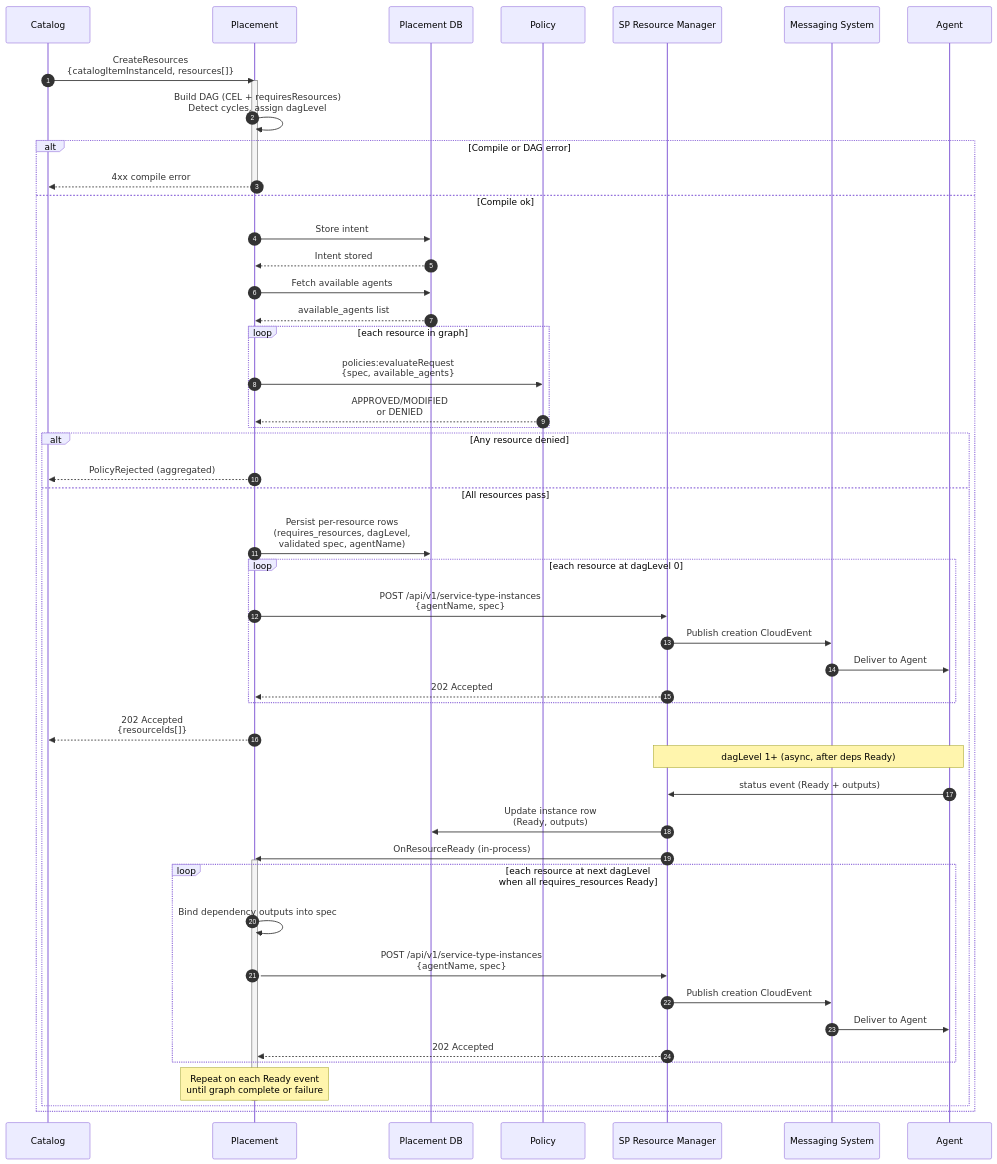
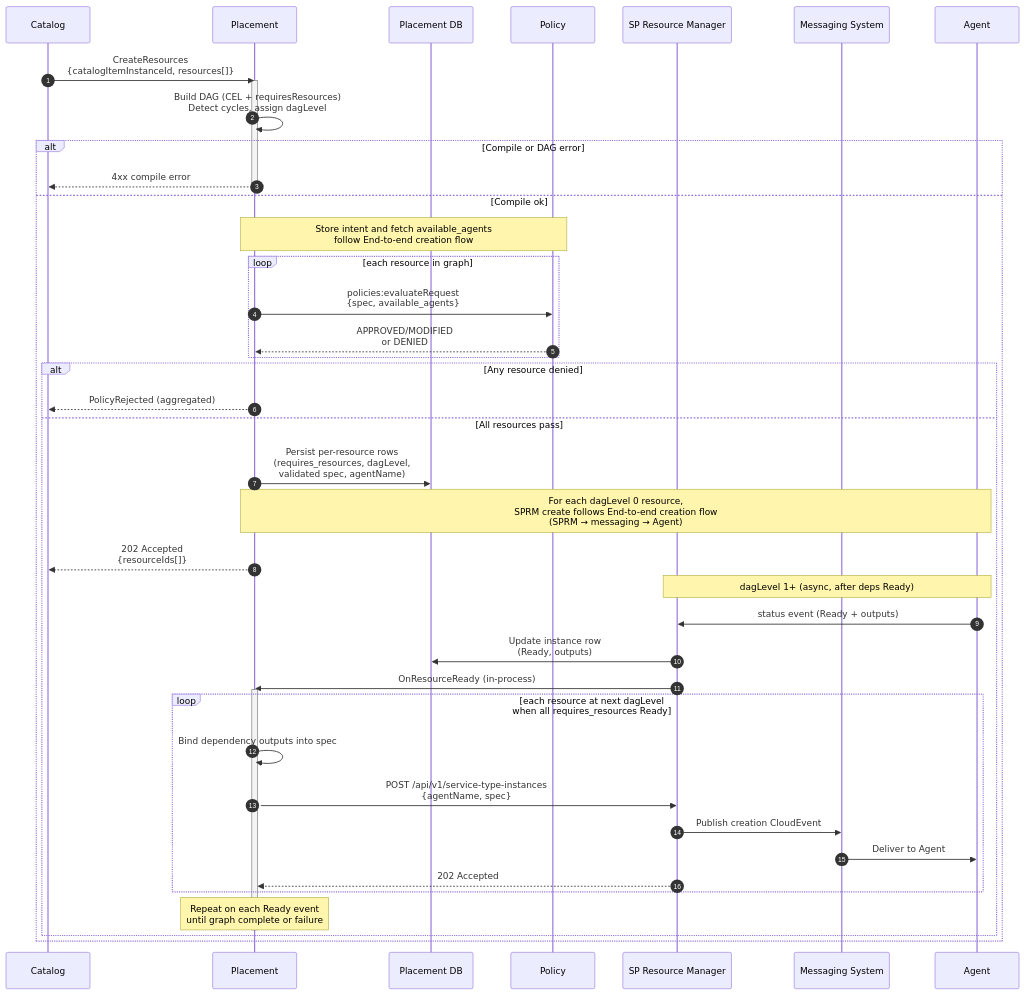
One commit to dcm-project/enhancements changed the third of 4 diagrams in enhancements/placement-manager/placement-manager.md. Above: the diagram before and after it, drawn with Mermaid. The commit also changed other lines of this file, not shown here.

````diff
--- a/enhancements/placement-manager/placement-manager.md
+++ b/enhancements/placement-manager/placement-manager.md
@@ -556,66 +570,57 @@
 ```mermaid
 sequenceDiagram
     autonumber
     participant CM as Catalog
     participant PM as Placement
     participant DB as Placement DB
     participant PE as Policy
     participant SPRM as SP Resource Manager
     participant MS as Messaging System
     participant AG as Agent
 
     CM->>PM: CreateResources<br/>{catalogItemInstanceId, resources[]}
     activate PM
 
     PM->>PM: Build DAG (CEL + requiresResources)<br/>Detect cycles, assign dagLevel
     alt Compile or DAG error
         PM-->>CM: 4xx compile error
         deactivate PM
     else Compile ok
 
-        PM->>DB: Store intent
-        DB-->>PM: Intent stored
-
-        PM->>DB: Fetch available agents
-        DB-->>PM: available_agents list
+        Note over PM,PE: Store intent and fetch available_agents<br/>follow End-to-end creation flow
 
         loop each resource in graph
             PM->>PE: policies:evaluateRequest<br/>{spec, available_agents}
             PE-->>PM: APPROVED/MODIFIED<br/> or DENIED
         end
 
         alt Any resource denied
             PM-->>CM: PolicyRejected (aggregated)
         else All resources pass
 
             PM->>DB: Persist per-resource rows<br/>(requires_resources, dagLevel,<br/> validated spec, agentName)
 
-            loop each resource at dagLevel 0
-                PM->>SPRM: POST /api/v1/service-type-instances<br/>{agentName, spec}
-                SPRM->>MS: Publish creation CloudEvent
-                MS->>AG: Deliver to Agent
-                SPRM-->>PM: 202 Accepted
-            end
+            Note over PM,AG: For each dagLevel 0 resource,<br/>SPRM create follows End-to-end creation flow<br/>(SPRM → messaging → Agent)
 
             PM-->>CM: 202 Accepted<br/>{resourceIds[]}
 
             Note over AG,SPRM: dagLevel 1+ (async, after deps Ready)
 
             AG->>SPRM: status event (Ready + outputs)
             SPRM->>DB: Update instance row<br/>(Ready, outputs)
             SPRM->>PM: OnResourceReady (in-process)
             activate PM
 
             loop each resource at next dagLevel<br/>when all requires_resources Ready
                 PM->>PM: Bind dependency outputs into spec
                 PM->>SPRM: POST /api/v1/service-type-instances<br/>{agentName, spec}
                 SPRM->>MS: Publish creation CloudEvent
                 MS->>AG: Deliver to Agent
                 SPRM-->>PM: 202 Accepted
             end
 
             Note over PM: Repeat on each Ready event<br/>until graph complete or failure
             deactivate PM
         end
     end
 ```
````
